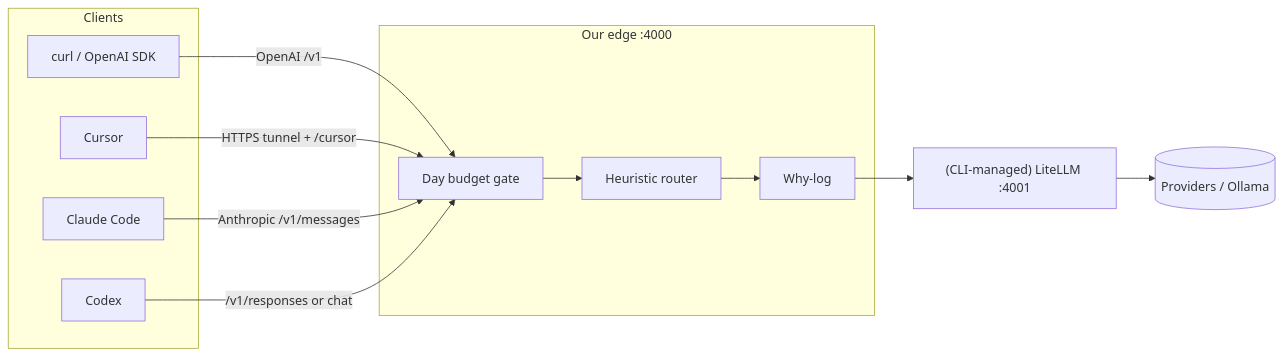
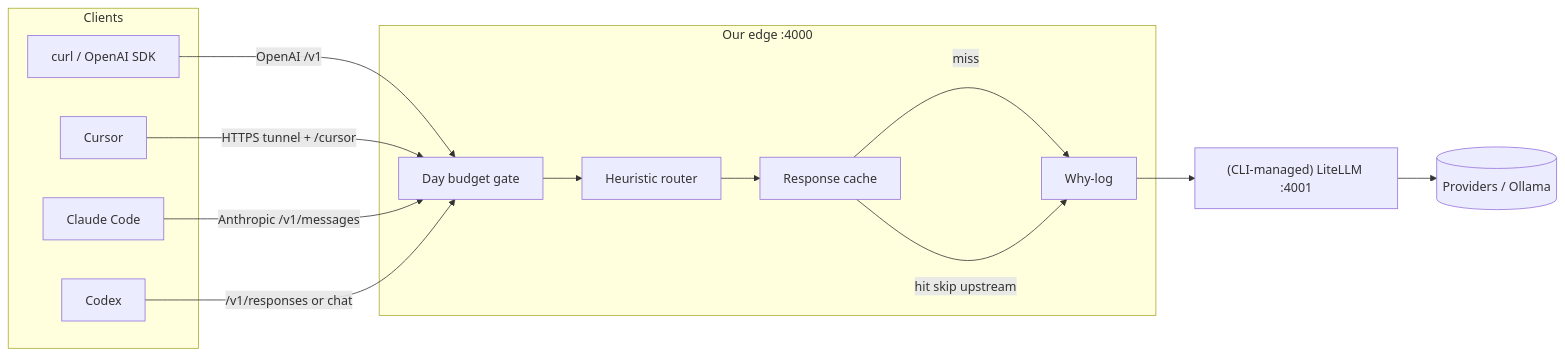
The diagram in docs/architecture.md (sarjeet2013/harbor-ai-gateway), drawn with Mermaid before and after one commit. The commit also changed other lines of this file and 10 other files, not shown here.

First line of the commit message:
feat: exact response cache with tokens_saved in why-log

````diff
--- a/docs/architecture.md
+++ b/docs/architecture.md
@@ -39,25 +41,28 @@
 ```mermaid
 flowchart LR
   subgraph clients [Clients]
     CURL[curl / OpenAI SDK]
     CURSOR[Cursor]
     CC[Claude Code]
     CODEX[Codex]
   end
 
   subgraph edge [Our edge :4000]
     BUDGET[Day budget gate]
     ROUTER[Heuristic router]
+    CACHE[Response cache]
     WHY[Why-log]
   end
 
   LITELLM["(CLI-managed) LiteLLM :4001"]
   UP[(Providers / Ollama)]
 
   CURL -->|OpenAI /v1| BUDGET
   CURSOR -->|HTTPS tunnel + /cursor| BUDGET
   CC -->|Anthropic /v1/messages| BUDGET
   CODEX -->|/v1/responses or chat| BUDGET
 
-  BUDGET --> ROUTER --> WHY --> LITELLM --> UP
+  BUDGET --> ROUTER --> CACHE
+  CACHE -->|miss| WHY --> LITELLM --> UP
+  CACHE -->|hit skip upstream| WHY
 ```
````
